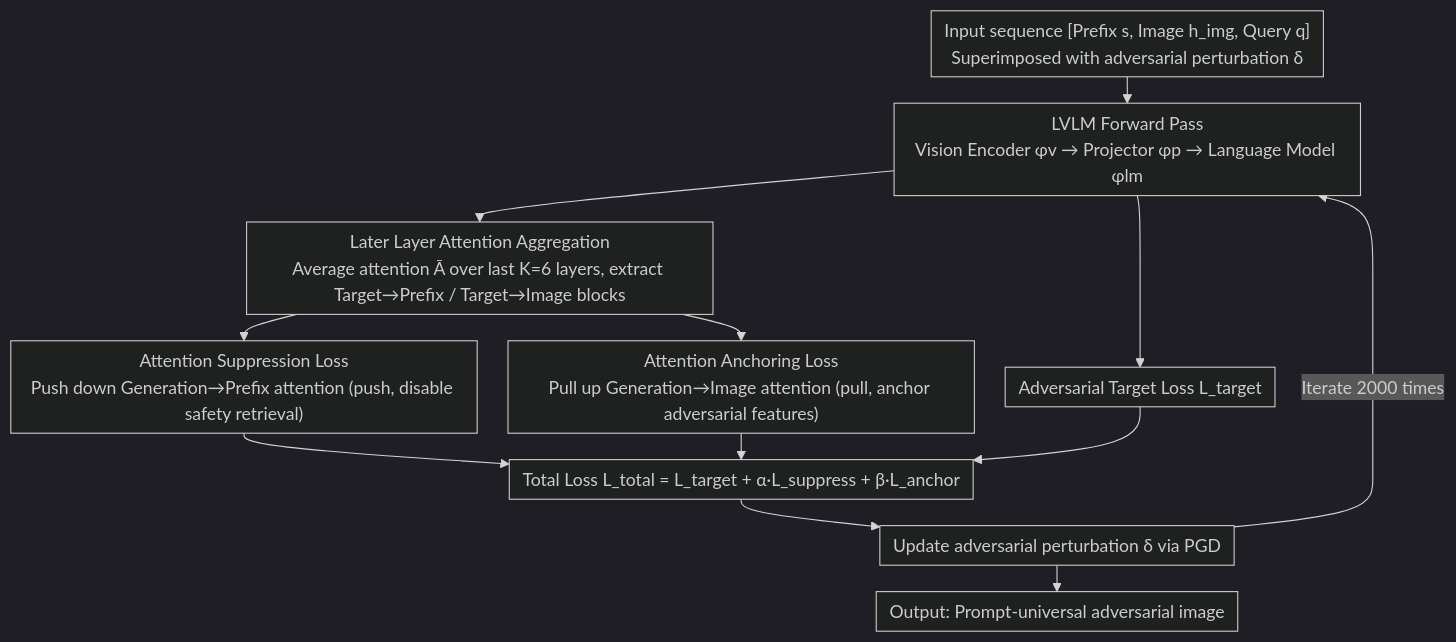
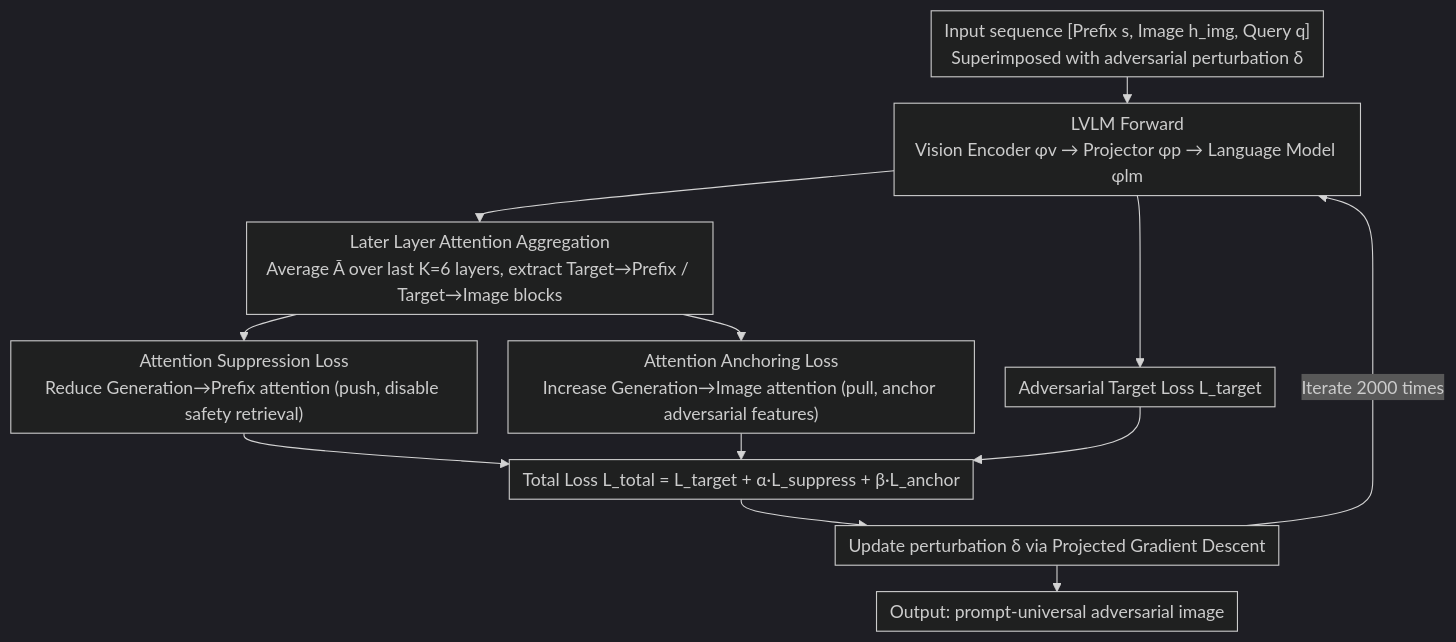
One commit to zhaoyang97/Paper-Notes-en changed the diagram in docs/ACL2026/llm_safety/seeing_no_evil_blinding_large_vision-language_models_to_safety_instructions_via_.md. Above: the diagram before and after it, drawn with Mermaid (dark theme). The commit also changed other lines of this file and 5084 other files, not shown here.

````diff
--- a/docs/ACL2026/llm_safety/seeing_no_evil_blinding_large_vision-language_models_to_safety_instructions_via_.md
+++ b/docs/ACL2026/llm_safety/seeing_no_evil_blinding_large_vision-language_models_to_safety_instructions_via_.md
@@ -44,15 +44,15 @@
 ```mermaid
 %%{init: {'flowchart': {'rankSpacing': 24, 'nodeSpacing': 28, 'padding': 6, 'wrappingWidth': 400}}}%%
 flowchart TD
-    A["Input sequence [Prefix s, Image h_img, Query q]<br/>Superimposed with adversarial perturbation δ"] --> B["LVLM Forward Pass<br/>Vision Encoder φv → Projector φp → Language Model φlm"]
-    B --> C["Later Layer Attention Aggregation<br/>Average attention Ā over last K=6 layers, extract Target→Prefix / Target→Image blocks"]
-    C --> D["Attention Suppression Loss<br/>Push down Generation→Prefix attention (push, disable safety retrieval)"]
-    C --> E["Attention Anchoring Loss<br/>Pull up Generation→Image attention (pull, anchor adversarial features)"]
+    A["Input sequence [Prefix s, Image h_img, Query q]<br/>Superimposed with adversarial perturbation δ"] --> B["LVLM Forward<br/>Vision Encoder φv → Projector φp → Language Model φlm"]
+    B --> C["Later Layer Attention Aggregation<br/>Average Ā over last K=6 layers, extract Target→Prefix / Target→Image blocks"]
+    C --> D["Attention Suppression Loss<br/>Reduce Generation→Prefix attention (push, disable safety retrieval)"]
+    C --> E["Attention Anchoring Loss<br/>Increase Generation→Image attention (pull, anchor adversarial features)"]
     B --> F["Adversarial Target Loss L_target"]
     D --> G["Total Loss L_total = L_target + α·L_suppress + β·L_anchor"]
     E --> G
     F --> G
-    G --> H["Update adversarial perturbation δ via PGD"]
+    G --> H["Update perturbation δ via Projected Gradient Descent"]
     H -->|"Iterate 2000 times"| B
-    H --> I["Output: Prompt-universal adversarial image"]
+    H --> I["Output: prompt-universal adversarial image"]
 ```
````
